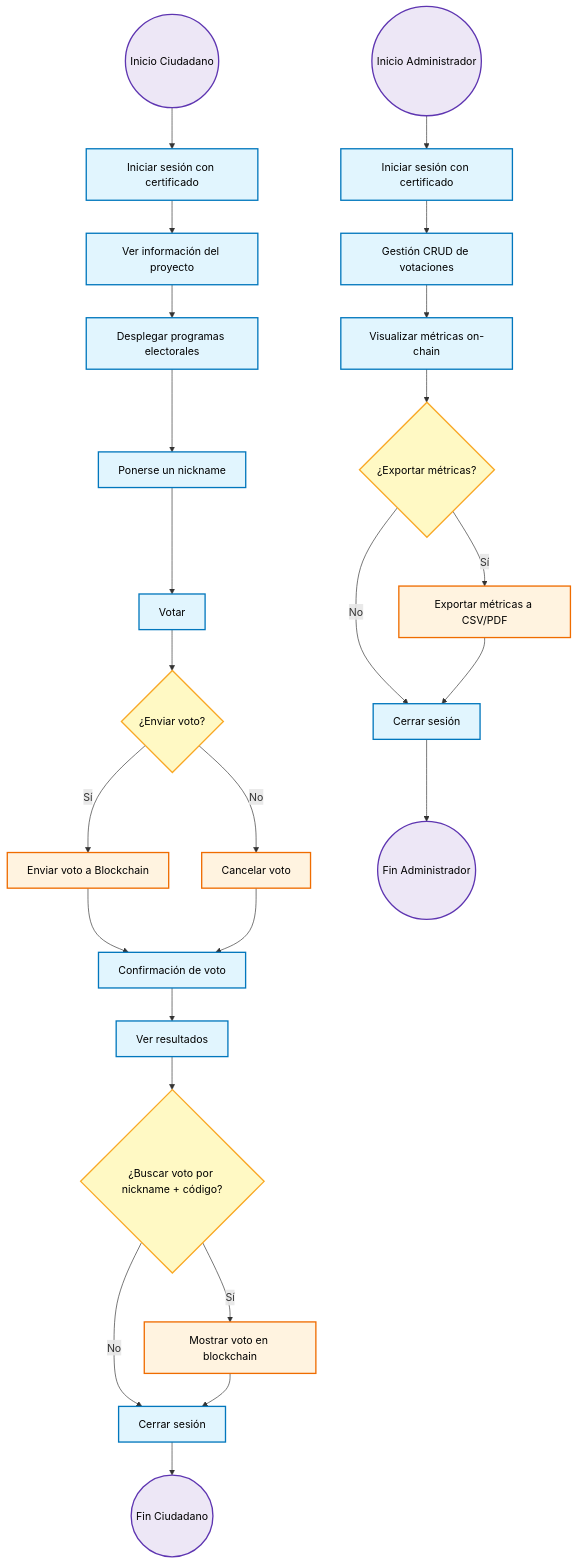
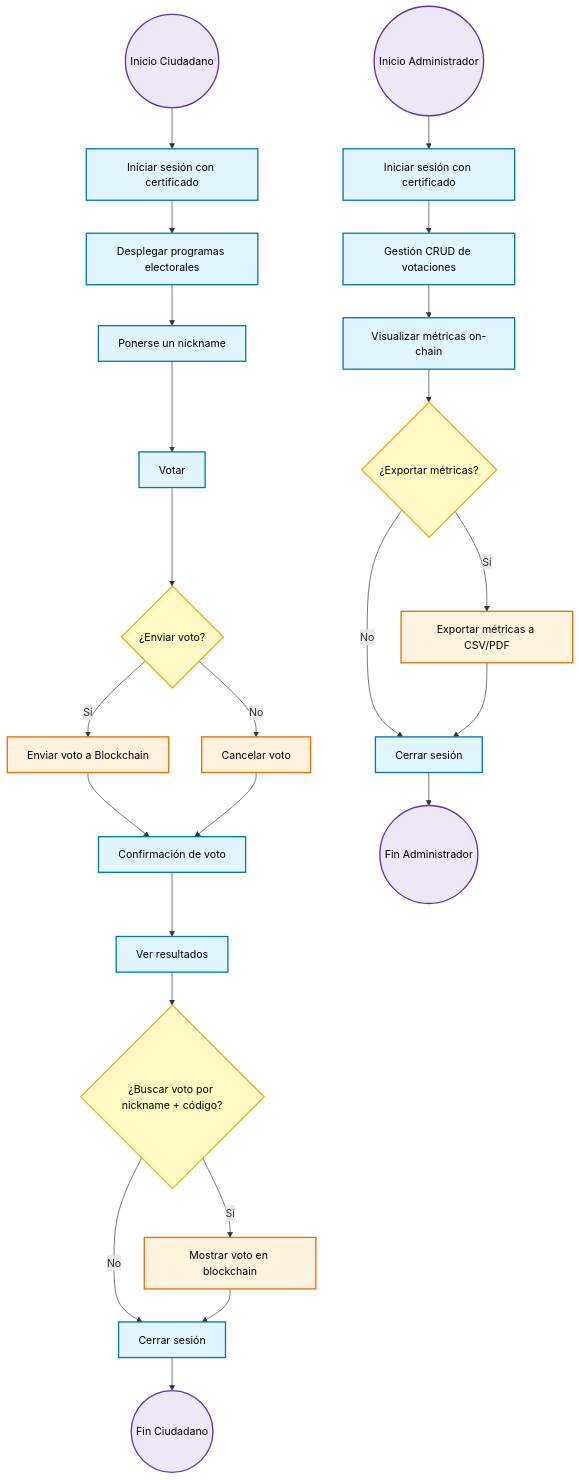
One commit to OnyxVariables/AGORA changed the first of 3 diagrams in docs/Diagrama_Flujo.md. Above: the diagram before and after it, drawn with Mermaid. The commit also changed other lines of this file, not shown here.

Commit message:
Update flowchart

````diff
--- a/docs/Diagrama_Flujo.md
+++ b/docs/Diagrama_Flujo.md
@@ -29,44 +29,43 @@
 ```mermaid
 flowchart TB
     %% Estilos
     classDef inicioFin fill:#ede7f6,stroke:#5e35b1,stroke-width:2px,color:#000
     classDef proceso fill:#e1f5fe,stroke:#0277bd,stroke-width:2px,color:#000
     classDef decision fill:#fff9c4,stroke:#f9a825,stroke-width:2px,color:#000
     classDef extendido fill:#fff3e0,stroke:#ef6c00,stroke-width:2px,color:#000
 
     %% Flujo Ciudadano
     InicioC((Inicio Ciudadano)):::inicioFin
 
     InicioC --> LoginC[Iniciar sesión con certificado]:::proceso
-    LoginC --> InfoC[Ver información del proyecto]:::proceso
-    InfoC --> ProgramasC[Desplegar programas electorales]:::proceso
+    LoginC --> ProgramasC[Desplegar programas electorales]:::proceso
     ProgramasC --> NicknameC[Ponerse un nickname]:::proceso
     NicknameC --> VotarC[Votar]:::proceso
 
     VotarC --> DecisionV{¿Enviar voto?}:::decision
     DecisionV -->|Sí| EnviarC[Enviar voto a Blockchain]:::extendido
     DecisionV -->|No| CancelarC[Cancelar voto]:::extendido
 
     EnviarC --> FinVotoC[Confirmación de voto]:::proceso
     CancelarC --> FinVotoC
     FinVotoC --> ResultadosC[Ver resultados]:::proceso
 
     ResultadosC --> BuscarC{¿Buscar voto por nickname + código?}:::decision
     BuscarC -->|Sí| BuscarV[Mostrar voto en blockchain]:::extendido
     BuscarC -->|No| SalirC[Cerrar sesión]:::proceso
     BuscarV --> SalirC
     SalirC --> FinC((Fin Ciudadano)):::inicioFin
 
     %% Flujo Administrador
     InicioA((Inicio Administrador)):::inicioFin
 
     InicioA --> LoginA[Iniciar sesión con certificado]:::proceso
     LoginA --> CRUDA[Gestión CRUD de votaciones]:::proceso
     CRUDA --> MetricA[Visualizar métricas on-chain]:::proceso
 
     MetricA --> DecisionExp{¿Exportar métricas?}:::decision
     DecisionExp -->|Sí| ExportA[Exportar métricas a CSV/PDF]:::extendido
     DecisionExp -->|No| SalirA[Cerrar sesión]:::proceso
     ExportA --> SalirA
     SalirA --> FinA((Fin Administrador)):::inicioFin
 ```
````
